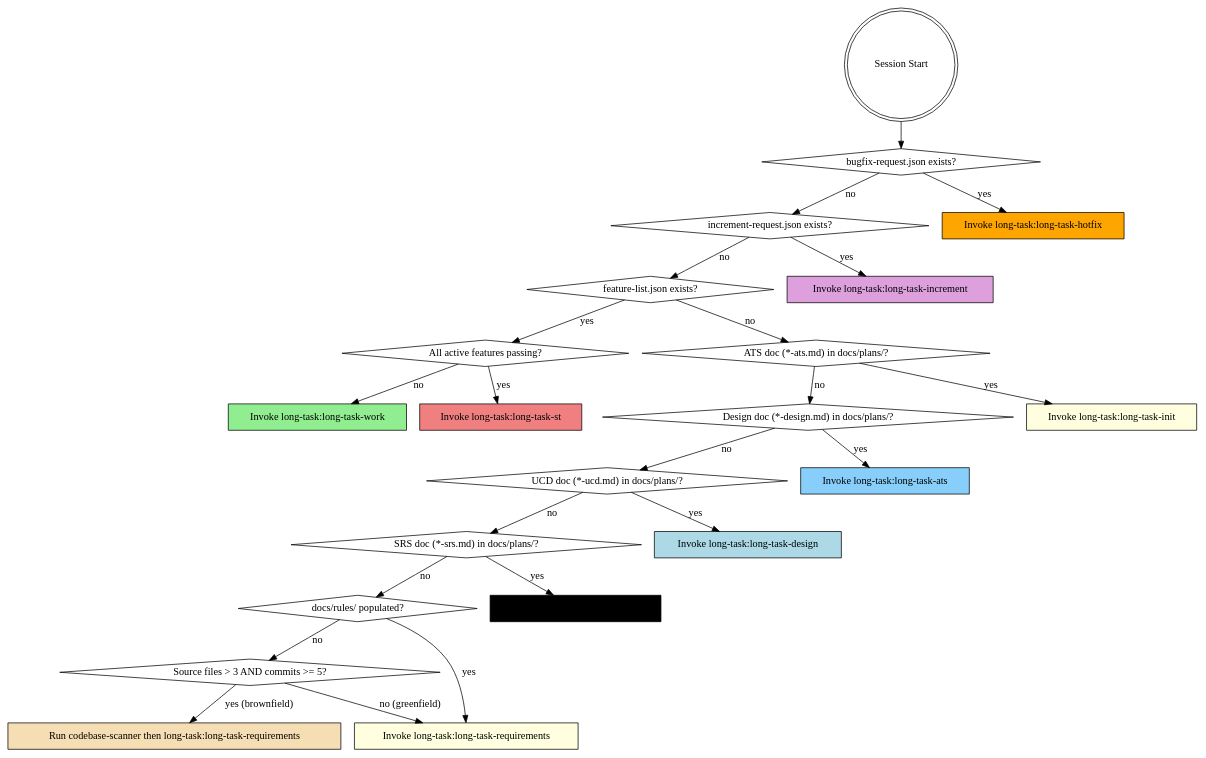
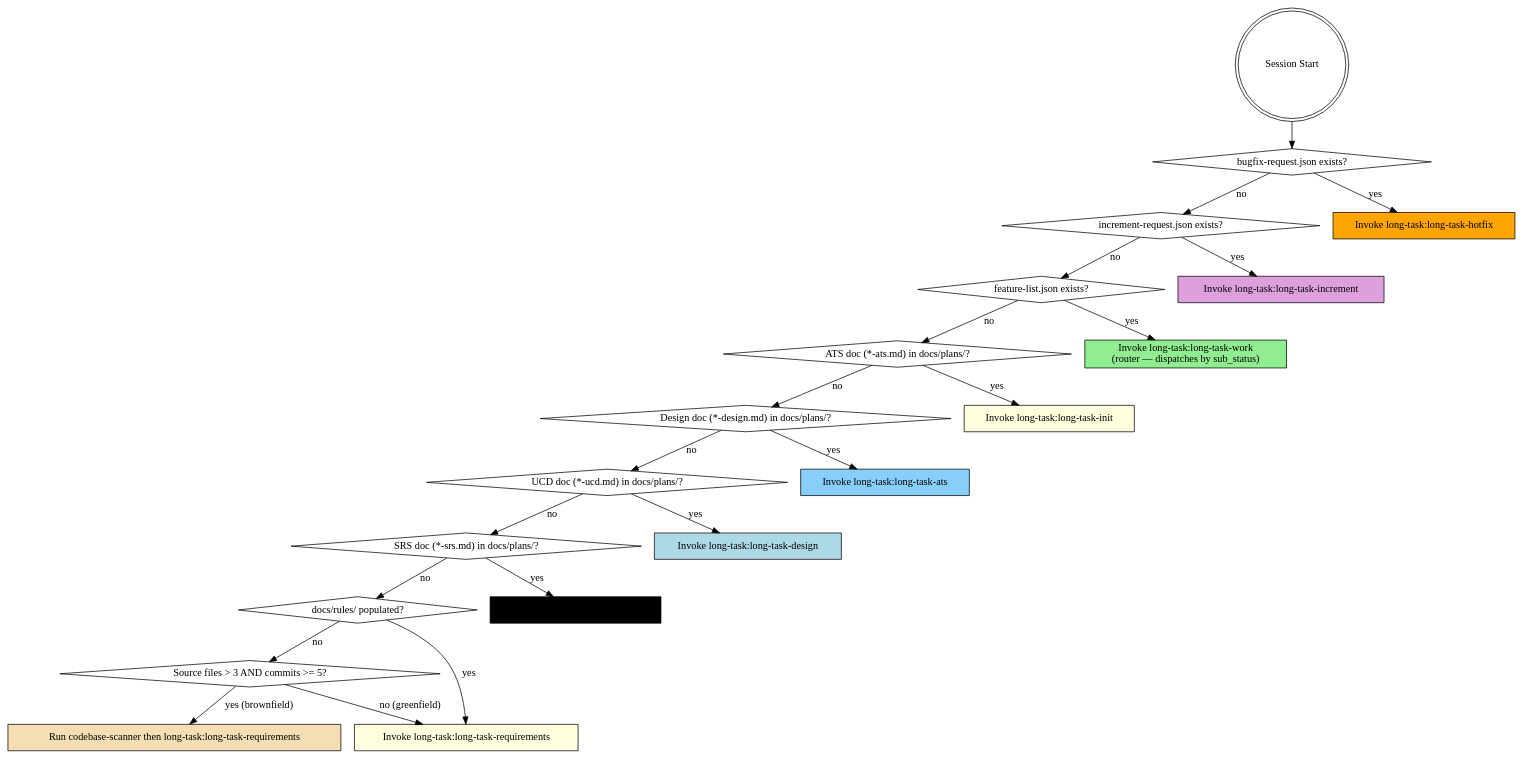
The diagram in skills/using-long-task/SKILL.md (suriyel/longtaskforagent), drawn with Graphviz before and after one commit. The commit also changed other lines of this file and 20 other files, not shown here.

````diff
--- a/skills/using-long-task/SKILL.md
+++ b/skills/using-long-task/SKILL.md
@@ -22,47 +22,43 @@
 ```dot
 digraph phase_detection {
     "Session Start" [shape=doublecircle];
     "bugfix-request.json exists?" [shape=diamond];
     "increment-request.json exists?" [shape=diamond];
     "feature-list.json exists?" [shape=diamond];
-    "All active features passing?" [shape=diamond];
     "Design doc (*-design.md) in docs/plans/?" [shape=diamond];
     "ATS doc (*-ats.md) in docs/plans/?" [shape=diamond];
     "UCD doc (*-ucd.md) in docs/plans/?" [shape=diamond];
     "SRS doc (*-srs.md) in docs/plans/?" [shape=diamond];
     "docs/rules/ populated?" [shape=diamond];
     "Source files > 3 AND commits >= 5?" [shape=diamond];
     "Invoke long-task:long-task-hotfix" [shape=box style=filled fillcolor=orange];
     "Invoke long-task:long-task-increment" [shape=box style=filled fillcolor=plum];
     "Invoke long-task:long-task-requirements" [shape=box style=filled fillcolor=lightyellow];
     "Run codebase-scanner then long-task:long-task-requirements" [shape=box style=filled fillcolor=wheat];
     "Invoke long-task:long-task-ucd" [shape=box style=filled fillcolor=lightorange];
     "Invoke long-task:long-task-design" [shape=box style=filled fillcolor=lightblue];
     "Invoke long-task:long-task-ats" [shape=box style=filled fillcolor=lightskyblue];
     "Invoke long-task:long-task-init" [shape=box style=filled fillcolor=lightyellow];
-    "Invoke long-task:long-task-work" [shape=box style=filled fillcolor=lightgreen];
-    "Invoke long-task:long-task-st" [shape=box style=filled fillcolor=lightcoral];
+    "Invoke long-task:long-task-work\n(router — dispatches by sub_status)" [shape=box style=filled fillcolor=lightgreen];
 
     "Session Start" -> "bugfix-request.json exists?";
     "bugfix-request.json exists?" -> "Invoke long-task:long-task-hotfix" [label="yes"];
     "bugfix-request.json exists?" -> "increment-request.json exists?" [label="no"];
     "increment-request.json exists?" -> "Invoke long-task:long-task-increment" [label="yes"];
     "increment-request.json exists?" -> "feature-list.json exists?" [label="no"];
-    "feature-list.json exists?" -> "All active features passing?" [label="yes"];
-    "All active features passing?" -> "Invoke long-task:long-task-st" [label="yes"];
-    "All active features passing?" -> "Invoke long-task:long-task-work" [label="no"];
+    "feature-list.json exists?" -> "Invoke long-task:long-task-work\n(router — dispatches by sub_status)" [label="yes"];
     "feature-list.json exists?" -> "ATS doc (*-ats.md) in docs/plans/?" [label="no"];
     "ATS doc (*-ats.md) in docs/plans/?" -> "Invoke long-task:long-task-init" [label="yes"];
     "ATS doc (*-ats.md) in docs/plans/?" -> "Design doc (*-design.md) in docs/plans/?" [label="no"];
     "Design doc (*-design.md) in docs/plans/?" -> "Invoke long-task:long-task-ats" [label="yes"];
     "Design doc (*-design.md) in docs/plans/?" -> "UCD doc (*-ucd.md) in docs/plans/?" [label="no"];
     "UCD doc (*-ucd.md) in docs/plans/?" -> "Invoke long-task:long-task-design" [label="yes"];
     "UCD doc (*-ucd.md) in docs/plans/?" -> "SRS doc (*-srs.md) in docs/plans/?" [label="no"];
     "SRS doc (*-srs.md) in docs/plans/?" -> "Invoke long-task:long-task-ucd" [label="yes"];
     "SRS doc (*-srs.md) in docs/plans/?" -> "docs/rules/ populated?" [label="no"];
     "docs/rules/ populated?" -> "Invoke long-task:long-task-requirements" [label="yes"];
     "docs/rules/ populated?" -> "Source files > 3 AND commits >= 5?" [label="no"];
     "Source files > 3 AND commits >= 5?" -> "Run codebase-scanner then long-task:long-task-requirements" [label="yes (brownfield)"];
     "Source files > 3 AND commits >= 5?" -> "Invoke long-task:long-task-requirements" [label="no (greenfield)"];
 }
 ```
````
